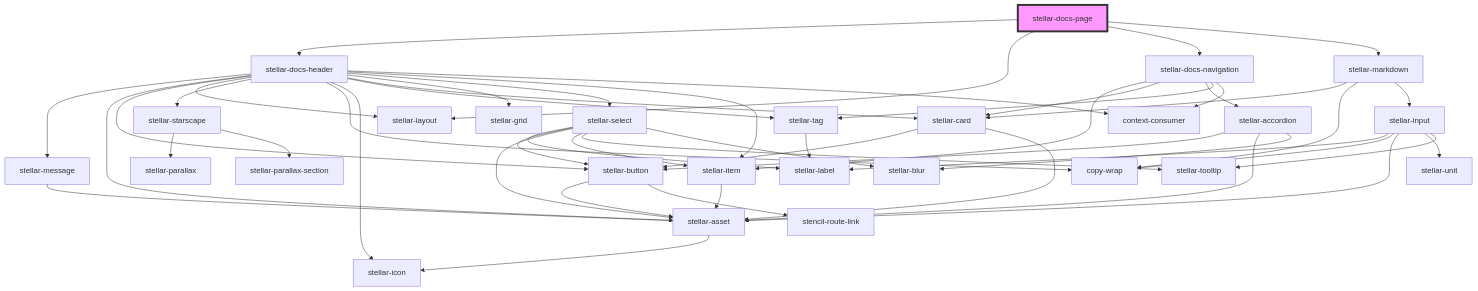
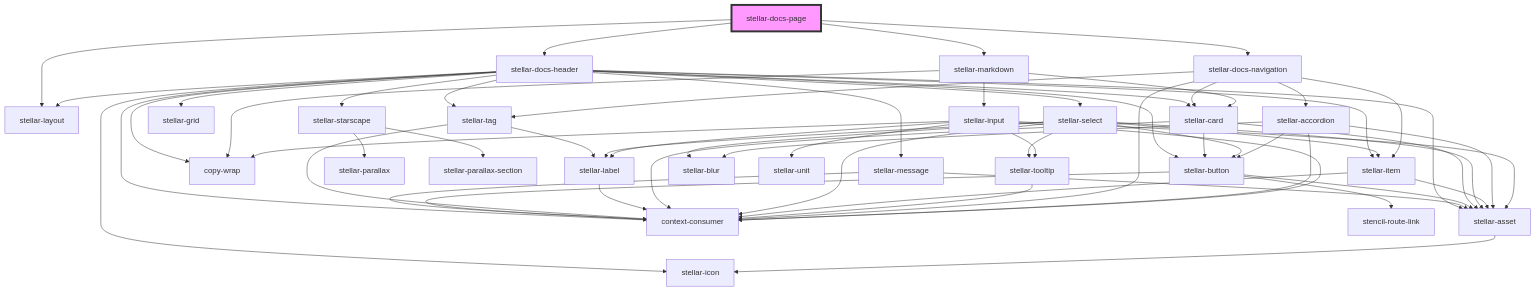
The diagram in src/components/docs/page/readme.md (splitinfinities/Stellar), drawn with Mermaid before and after one commit. The commit also changed 44 other files, not shown here.

````diff
--- a/src/components/docs/page/readme.md
+++ b/src/components/docs/page/readme.md
@@ -25,53 +25,63 @@
 ```mermaid
 graph TD;
   stellar-docs-page --> stellar-docs-header
   stellar-docs-page --> stellar-layout
   stellar-docs-page --> stellar-docs-navigation
   stellar-docs-page --> stellar-markdown
   stellar-docs-header --> stellar-message
   stellar-docs-header --> stellar-asset
   stellar-docs-header --> stellar-button
   stellar-docs-header --> stellar-layout
   stellar-docs-header --> stellar-starscape
   stellar-docs-header --> copy-wrap
   stellar-docs-header --> stellar-icon
   stellar-docs-header --> stellar-tag
   stellar-docs-header --> stellar-card
   stellar-docs-header --> stellar-grid
   stellar-docs-header --> stellar-select
   stellar-docs-header --> stellar-item
   stellar-docs-header --> context-consumer
   stellar-message --> stellar-asset
+  stellar-message --> context-consumer
   stellar-asset --> stellar-icon
   stellar-button --> stellar-asset
   stellar-button --> stencil-route-link
+  stellar-button --> context-consumer
   stellar-starscape --> stellar-parallax
   stellar-starscape --> stellar-parallax-section
   stellar-tag --> stellar-label
+  stellar-tag --> context-consumer
+  stellar-label --> context-consumer
   stellar-card --> stellar-button
   stellar-card --> stellar-asset
+  stellar-card --> context-consumer
   stellar-select --> stellar-label
   stellar-select --> stellar-button
   stellar-select --> stellar-asset
   stellar-select --> stellar-item
   stellar-select --> stellar-tooltip
   stellar-select --> stellar-blur
+  stellar-select --> context-consumer
   stellar-item --> stellar-asset
+  stellar-item --> context-consumer
+  stellar-tooltip --> context-consumer
   stellar-docs-navigation --> stellar-item
   stellar-docs-navigation --> stellar-card
   stellar-docs-navigation --> stellar-accordion
   stellar-docs-navigation --> stellar-tag
   stellar-docs-navigation --> context-consumer
   stellar-accordion --> stellar-button
   stellar-accordion --> stellar-asset
   stellar-accordion --> stellar-blur
+  stellar-accordion --> context-consumer
   stellar-markdown --> stellar-card
   stellar-markdown --> copy-wrap
   stellar-markdown --> stellar-input
   stellar-input --> stellar-label
   stellar-input --> copy-wrap
   stellar-input --> stellar-asset
   stellar-input --> stellar-unit
   stellar-input --> stellar-tooltip
+  stellar-input --> context-consumer
   style stellar-docs-page fill:#f9f,stroke:#333,stroke-width:4px
 ```
````
